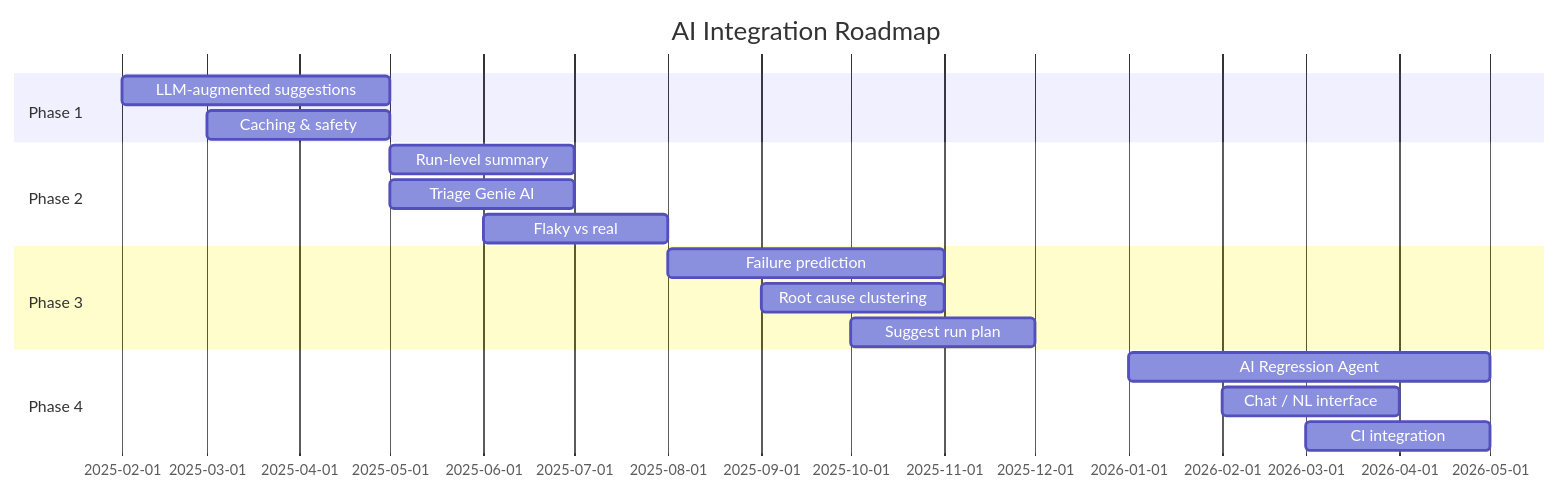
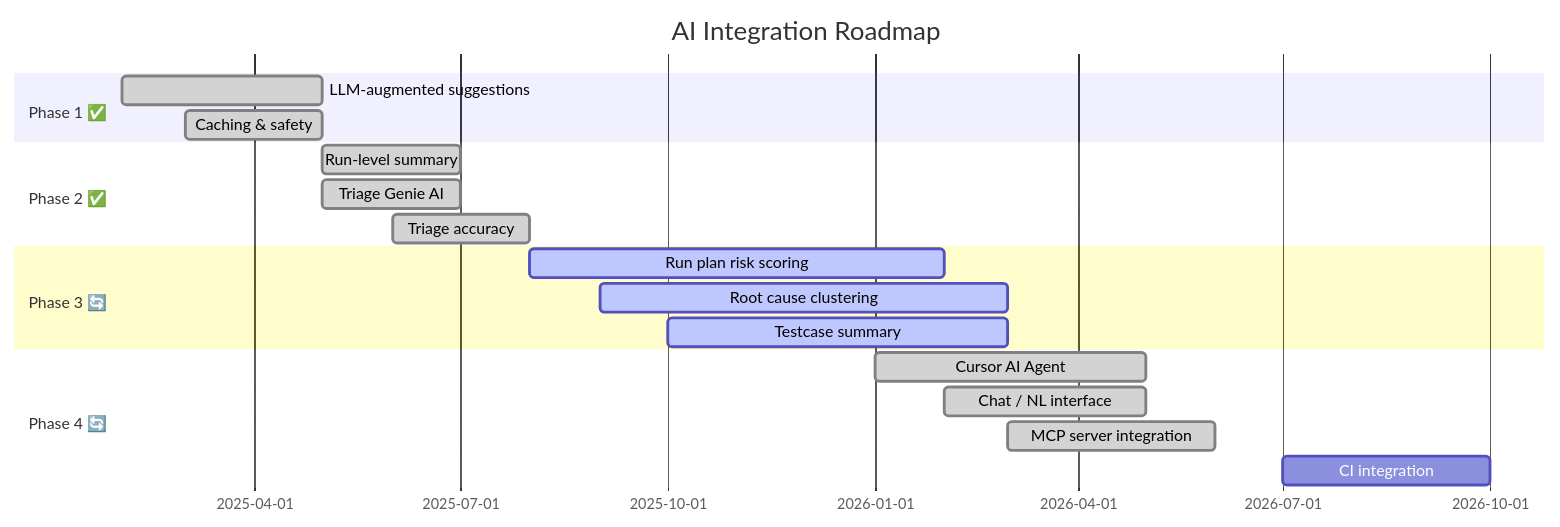
One commit to sudharshan332/RegX-AI changed the seventh of 7 diagrams in PROJECT_DOCUMENTATION_AND_ARCHITECTURE.md. Above: the diagram before and after it, drawn with Mermaid. The commit also changed other lines of this file and 34 other files, not shown here.

````diff
--- a/PROJECT_DOCUMENTATION_AND_ARCHITECTURE.md
+++ b/PROJECT_DOCUMENTATION_AND_ARCHITECTURE.md
@@ -369,20 +602,21 @@
 ```mermaid
 gantt
     title AI Integration Roadmap
     dateFormat YYYY-MM
-    section Phase 1
-    LLM-augmented suggestions     :a1, 2025-02, 3M
-    Caching & safety              :a2, 2025-03, 2M
-    section Phase 2
-    Run-level summary             :b1, 2025-05, 2M
-    Triage Genie AI               :b2, 2025-05, 2M
-    Flaky vs real                 :b3, 2025-06, 2M
-    section Phase 3
-    Failure prediction            :c1, 2025-08, 3M
-    Root cause clustering         :c2, 2025-09, 2M
-    Suggest run plan              :c3, 2025-10, 2M
-    section Phase 4
-    AI Regression Agent           :d1, 2026-01, 4M
-    Chat / NL interface           :d2, 2026-02, 2M
-    CI integration                :d3, 2026-03, 2M
+    section Phase 1 ✅
+    LLM-augmented suggestions     :done, a1, 2025-02, 3M
+    Caching & safety              :done, a2, 2025-03, 2M
+    section Phase 2 ✅
+    Run-level summary             :done, b1, 2025-05, 2M
+    Triage Genie AI               :done, b2, 2025-05, 2M
+    Triage accuracy               :done, b3, 2025-06, 2M
+    section Phase 3 🔄
+    Run plan risk scoring         :active, c1, 2025-08, 6M
+    Root cause clustering         :active, c2, 2025-09, 6M
+    Testcase summary              :active, c3, 2025-10, 5M
+    section Phase 4 🔄
+    Cursor AI Agent               :done, d1, 2026-01, 4M
+    Chat / NL interface           :done, d2, 2026-02, 3M
+    MCP server integration        :done, d3, 2026-03, 3M
+    CI integration                :d4, 2026-07, 3M
 ```
````
